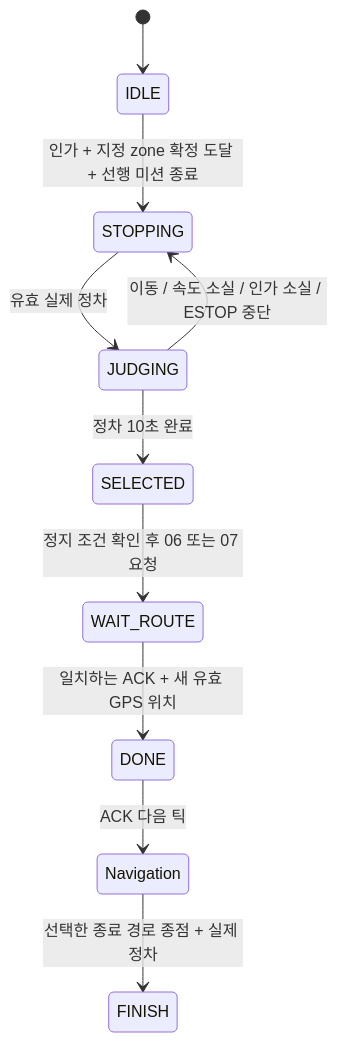
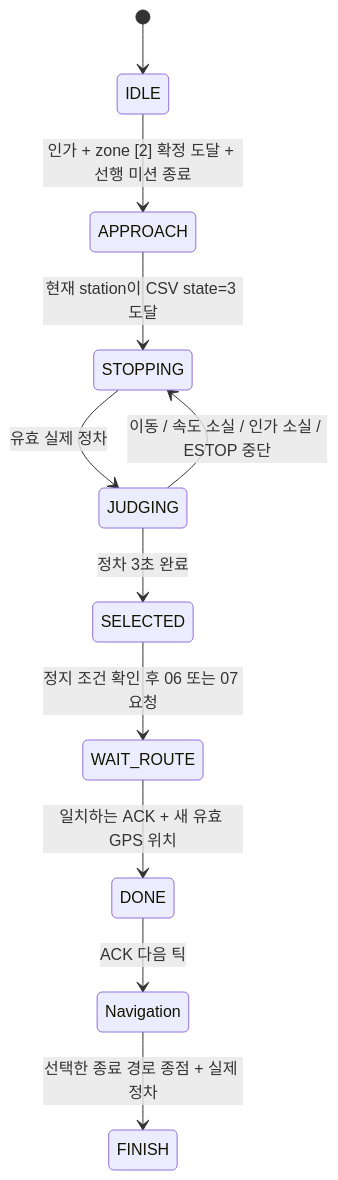
The diagram in docs/LAST_MISSION_STATE.md (Kimyungi/HL-Global-Mobility-Team2), drawn with Mermaid before and after one commit. The commit also changed other lines of this file and 22 other files, not shown here.

````diff
--- a/docs/LAST_MISSION_STATE.md
+++ b/docs/LAST_MISSION_STATE.md
@@ -18,12 +17,13 @@
 ```mermaid
 stateDiagram-v2
     [*] --> IDLE
-    IDLE --> STOPPING: 인가 + 지정 zone 확정 도달 + 선행 미션 종료
+    IDLE --> APPROACH: 인가 + zone [2] 확정 도달 + 선행 미션 종료
+    APPROACH --> STOPPING: 현재 station이 CSV state=3 도달
     STOPPING --> JUDGING: 유효 실제 정차
     JUDGING --> STOPPING: 이동 / 속도 소실 / 인가 소실 / ESTOP 중단
-    JUDGING --> SELECTED: 정차 10초 완료
+    JUDGING --> SELECTED: 정차 3초 완료
     SELECTED --> WAIT_ROUTE: 정지 조건 확인 후 06 또는 07 요청
     WAIT_ROUTE --> DONE: 일치하는 ACK + 새 유효 GPS 위치
     DONE --> Navigation: ACK 다음 틱
     Navigation --> FINISH: 선택한 종료 경로 종점 + 실제 정차
 ```
````
